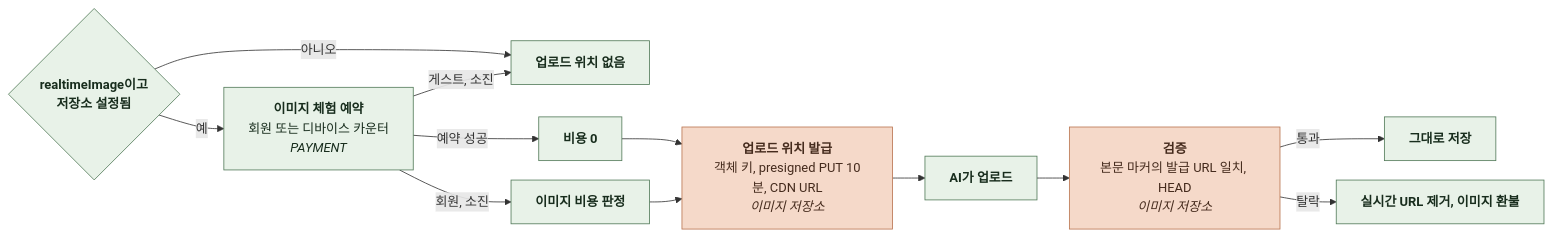
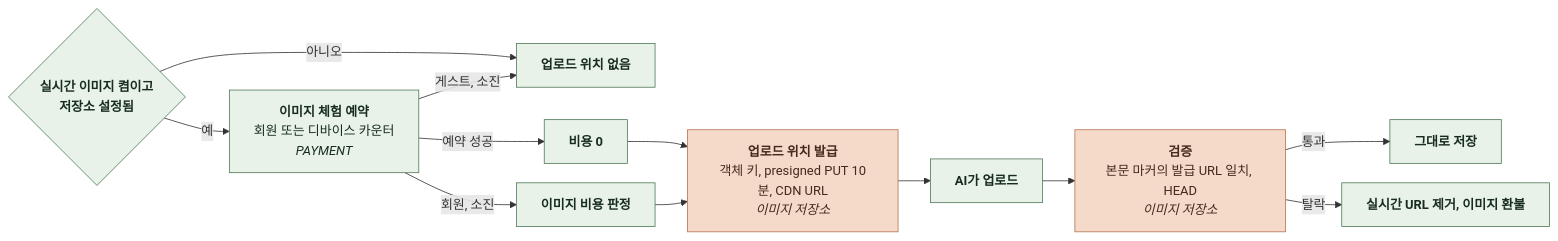
Before and after one commit to KIM-N-KANG/knk-harness: diagram 12 of 12 in docs/domain/CHAT/BACKEND/4-1-PIPELINES.md, drawn with Mermaid. The commit also changed 2 other files, not shown here.

Commit message:
[KNK-1651] Docs: 공유 열람 인증 수준을 선택으로 정리하고 흐름도 라벨을 자연어로 수정

````diff
--- a/docs/domain/CHAT/BACKEND/4-1-PIPELINES.md
+++ b/docs/domain/CHAT/BACKEND/4-1-PIPELINES.md
@@ -497,26 +497,26 @@
 ```mermaid
 %%{init: {"flowchart": {"curve": "basis", "nodeSpacing": 24, "rankSpacing": 40}}}%%
 flowchart LR
-    A{"`**realtimeImage이고
+    A{"`**실시간 이미지 켬이고
 저장소 설정됨**`"} -->|아니오| Z["`**업로드 위치 없음**`"]
     A -->|예| B["`**이미지 체험 예약**
 회원 또는 디바이스 카운터
 *PAYMENT*`"]
     B -->|예약 성공| C["`**비용 0**`"]
     B -->|회원, 소진| D["`**이미지 비용 판정**`"]
     B -->|게스트, 소진| Z
     C --> E["`**업로드 위치 발급**
 객체 키, presigned PUT 10분, CDN URL
 *이미지 저장소*`"]
     D --> E
     E --> F["`**AI가 업로드**`"]
     F --> G["`**검증**
 본문 마커의 발급 URL 일치, HEAD
 *이미지 저장소*`"]
     G -->|통과| H["`**그대로 저장**`"]
     G -->|탈락| I["`**실시간 URL 제거, 이미지 환불**`"]
     classDef comp fill:#E8F2E8,stroke:#527A59,color:#182D1D
     classDef task fill:#F5D9C9,stroke:#B97450,color:#452B1D
     class A,B,C,D,F,H,I,Z comp
     class E,G task
 ```
````
